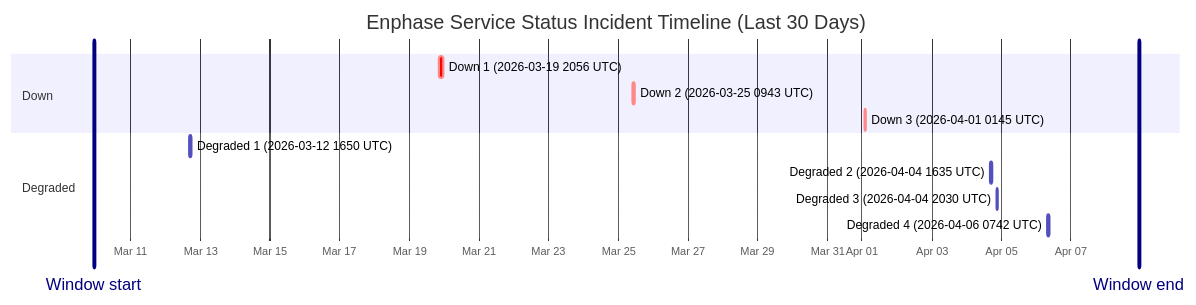
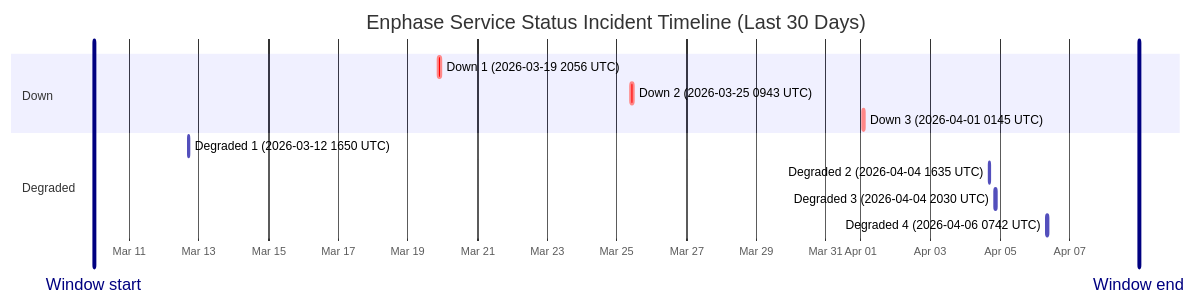
One commit to barneyonline/ha-enphase-ev-charger changed the diagram in wiki/Service-Status-History.md. Above: the diagram before and after it, drawn with Mermaid. The commit also changed other lines of this file and 3 other files, not shown here.

````diff
--- a/wiki/Service-Status-History.md
+++ b/wiki/Service-Status-History.md
@@ -14,17 +14,17 @@
 ```mermaid
 gantt
     title Enphase Service Status Incident Timeline (Last 30 Days)
     dateFormat  YYYY-MM-DDTHH:mm:ss
     axisFormat  %b %d
-    Window start :vert, window-start, 2026-03-09T22:37:59, 0ms
-    Window end :vert, window-end, 2026-04-08T22:37:59, 0ms
+    Window start :vert, window-start, 2026-03-09T23:37:17, 0ms
+    Window end :vert, window-end, 2026-04-08T23:37:17, 0ms
     section Down
     Down 1 (2026-03-19 2056 UTC) :crit, down-1, 2026-03-19T20:56:20, 145m
     Down 2 (2026-03-25 0943 UTC) :crit, down-2, 2026-03-25T09:43:28, 111m
     Down 3 (2026-04-01 0145 UTC) :crit, down-3, 2026-04-01T01:45:09, 60m
     section Degraded
     Degraded 1 (2026-03-12 1650 UTC) :active, degraded-1, 2026-03-12T16:50:43, 60m
     Degraded 2 (2026-04-04 1635 UTC) :active, degraded-2, 2026-04-04T16:35:17, 60m
     Degraded 3 (2026-04-04 2030 UTC) :active, degraded-3, 2026-04-04T20:30:40, 60m
     Degraded 4 (2026-04-06 0742 UTC) :active, degraded-4, 2026-04-06T07:42:09, 85m
 ```
````
